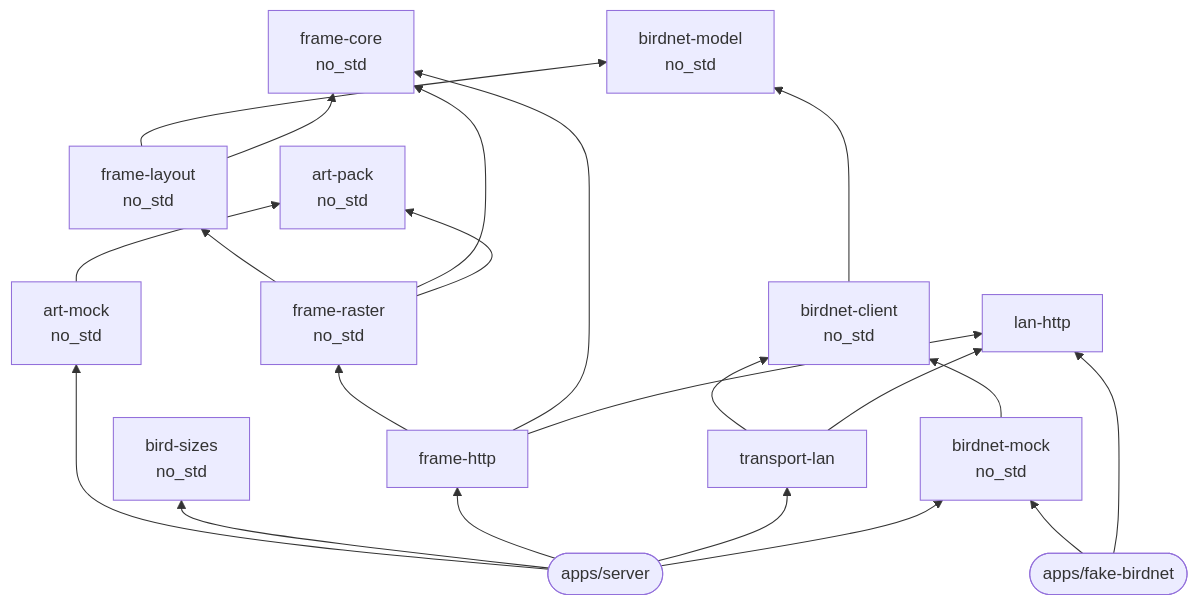
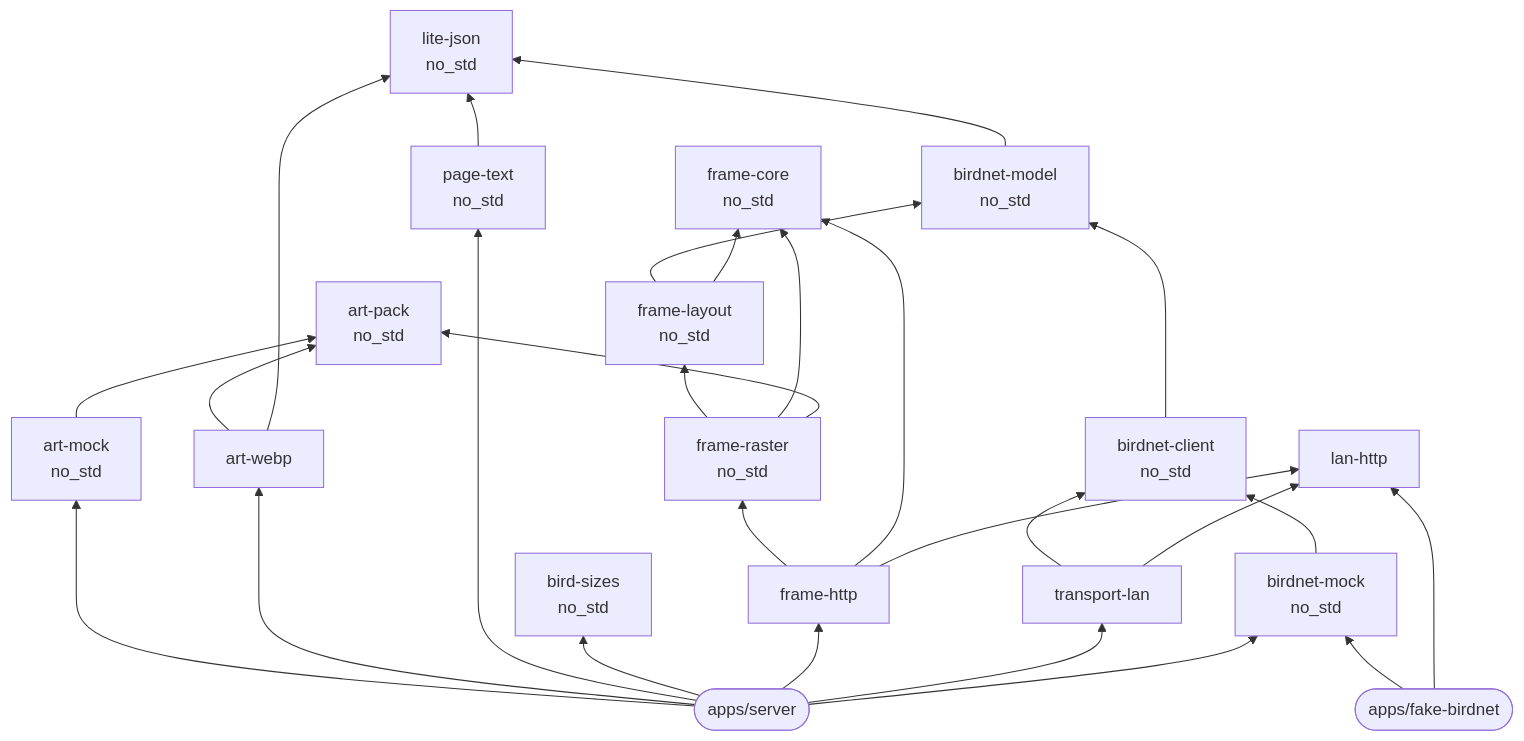
One commit to Filip-Pajalic/birdnet-go-frame changed the diagram in docs/explanation/design-decisions.md. Above: the diagram before and after it, drawn with Mermaid. The commit also changed other lines of this file and 59 other files, not shown here.

````diff
--- a/docs/explanation/design-decisions.md
+++ b/docs/explanation/design-decisions.md
@@ -11,38 +11,47 @@
 ```mermaid
 flowchart BT
     core[frame-core<br/>no_std]
     model[birdnet-model<br/>no_std]
     client[birdnet-client<br/>no_std]
     mock[birdnet-mock<br/>no_std]
     lan[lan-http]
     transport[transport-lan]
     artpack[art-pack<br/>no_std]
     artmock[art-mock<br/>no_std]
+    artwebp[art-webp]
+    json[lite-json<br/>no_std]
+    words[page-text<br/>no_std]
     sizes[bird-sizes<br/>no_std]
     layout[frame-layout<br/>no_std]
     raster[frame-raster<br/>no_std]
     http[frame-http]
     server([apps/server])
     fake([apps/fake-birdnet])
 
     client --> model
     mock --> client
     transport --> client
     transport --> lan
     layout --> model
     layout --> core
     raster --> layout
     raster --> core
     http --> raster
     http --> core
     http --> lan
     artmock --> artpack
+    artwebp --> artpack
+    artwebp --> json
+    model --> json
+    words --> json
     raster --> artpack
     server --> artmock
+    server --> artwebp
+    server --> words
     server --> sizes
     server --> http
     server --> transport
     server --> mock
     fake --> mock
     fake --> lan
 ```
````
